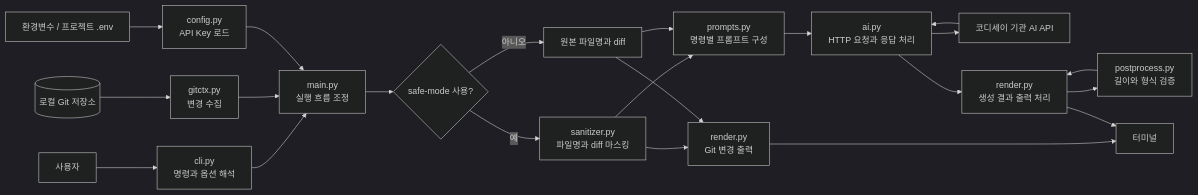
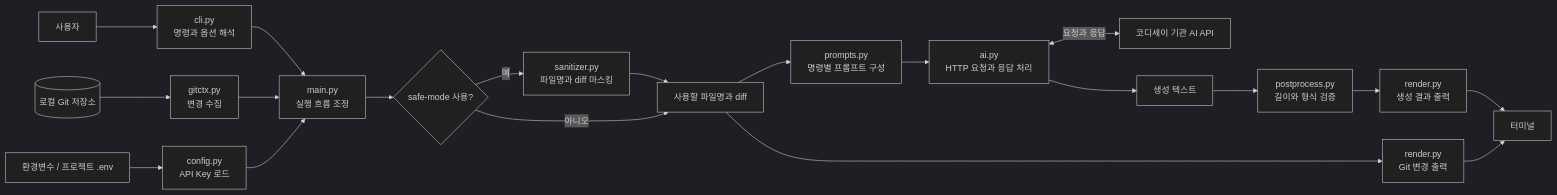
One commit to bllancck/B3-2.git-ai-generator changed the diagram in README.md. Above: the diagram before and after it, drawn with Mermaid (dark theme). The commit also changed 1 other file, not shown here.

Commit message:
docs: simplify architecture diagrams

````diff
--- a/README.md
+++ b/README.md
@@ -45,24 +45,22 @@
 ```mermaid
 flowchart LR
     User[사용자] --> CLI[cli.py<br/>명령과 옵션 해석]
     CLI --> Main[main.py<br/>실행 흐름 조정]
     Git[(로컬 Git 저장소)] --> GitCtx[gitctx.py<br/>변경 수집]
     GitCtx --> Main
     Env[환경변수 / 프로젝트 .env] --> Config[config.py<br/>API Key 로드]
     Config --> Main
     Main --> Input{safe-mode 사용?}
     Input -->|예| Mask[sanitizer.py<br/>파일명과 diff 마스킹]
-    Input -->|아니오| Original[원본 파일명과 diff]
-    Mask --> Prompt[prompts.py<br/>명령별 프롬프트 구성]
-    Original --> Prompt
-    Mask --> Preview[render.py<br/>Git 변경 출력]
-    Original --> Preview
+    Input -->|아니오| Changes[사용할 파일명과 diff]
+    Mask --> Changes
+    Changes --> Prompt[prompts.py<br/>명령별 프롬프트 구성]
+    Changes --> Preview[render.py<br/>Git 변경 출력]
     Prompt --> AI[ai.py<br/>HTTP 요청과 응답 처리]
-    AI --> API[코디세이 기관 AI API]
-    API --> AI
-    AI --> Result[render.py<br/>생성 결과 출력 처리]
-    Result --> Validate[postprocess.py<br/>길이와 형식 검증]
-    Validate --> Result
+    AI <-->|요청과 응답| API[코디세이 기관 AI API]
+    AI --> Generated[생성 텍스트]
+    Generated --> Validate[postprocess.py<br/>길이와 형식 검증]
+    Validate --> Result[render.py<br/>생성 결과 출력]
     Preview --> Terminal[터미널]
     Result --> Terminal
 ```
````
